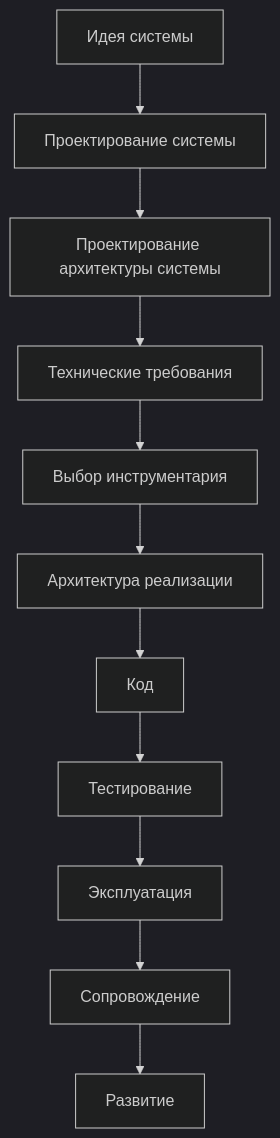
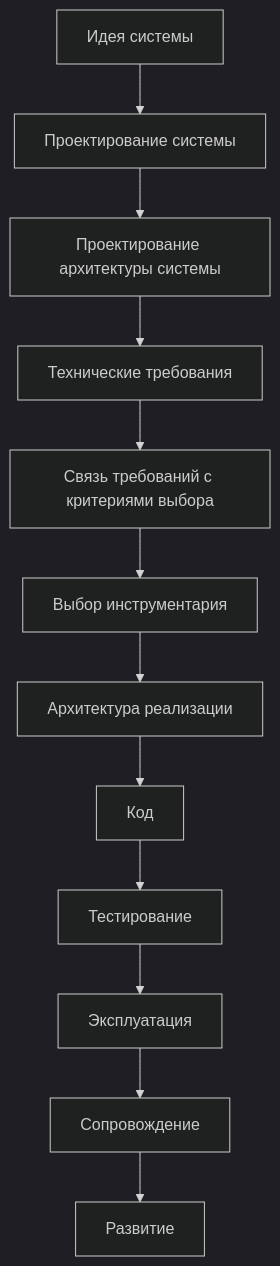
One commit to Mvil34998/Programming-Digital-Systems changed the first of 4 diagrams in docs/00_maps/Documentation_Map.md. Above: the diagram before and after it, drawn with Mermaid (dark theme). The commit also changed other lines of this file, not shown here.

Commit message:
Update documentation map for toolchain transition and implementation architecture

````diff
--- a/docs/00_maps/Documentation_Map.md
+++ b/docs/00_maps/Documentation_Map.md
@@ -232,13 +246,14 @@
 ```mermaid
 flowchart TD
     A[Идея системы] --> B[Проектирование системы]
     B --> C[Проектирование архитектуры системы]
     C --> D[Технические требования]
-    D --> E[Выбор инструментария]
-    E --> F[Архитектура реализации]
-    F --> G[Код]
-    G --> H[Тестирование]
-    H --> I[Эксплуатация]
-    I --> J[Сопровождение]
-    J --> K[Развитие]
+    D --> E[Связь требований с критериями выбора]
+    E --> F[Выбор инструментария]
+    F --> G[Архитектура реализации]
+    G --> H[Код]
+    H --> I[Тестирование]
+    I --> J[Эксплуатация]
+    J --> K[Сопровождение]
+    K --> L[Развитие]
 ```
````
